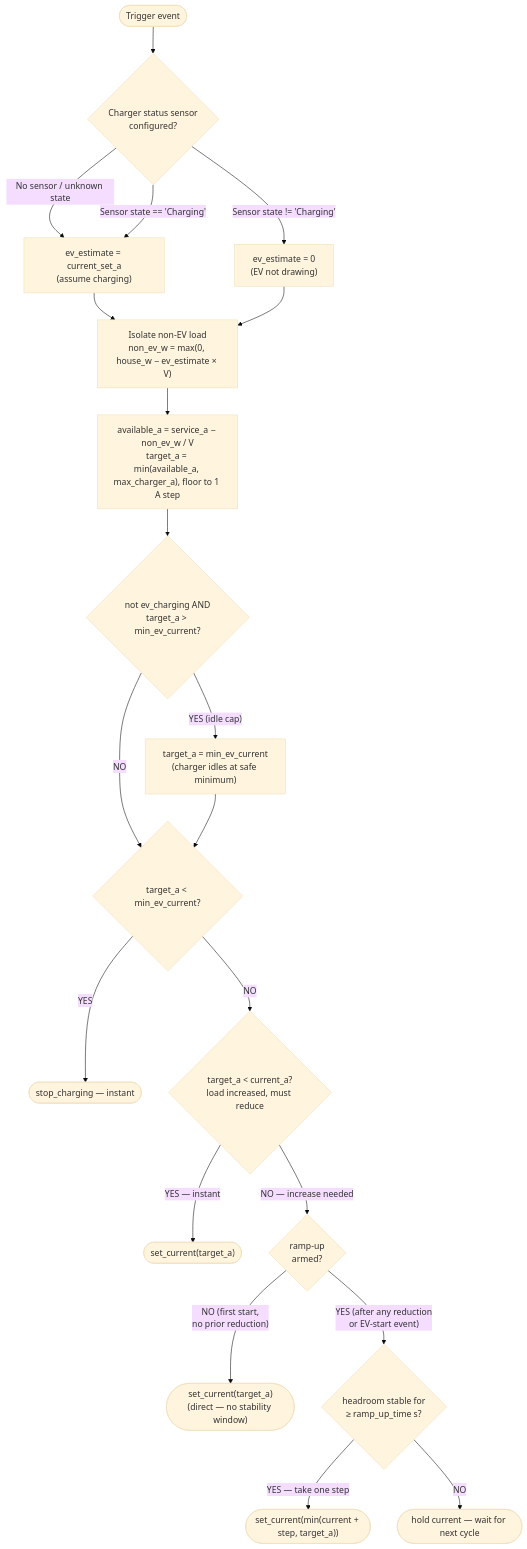
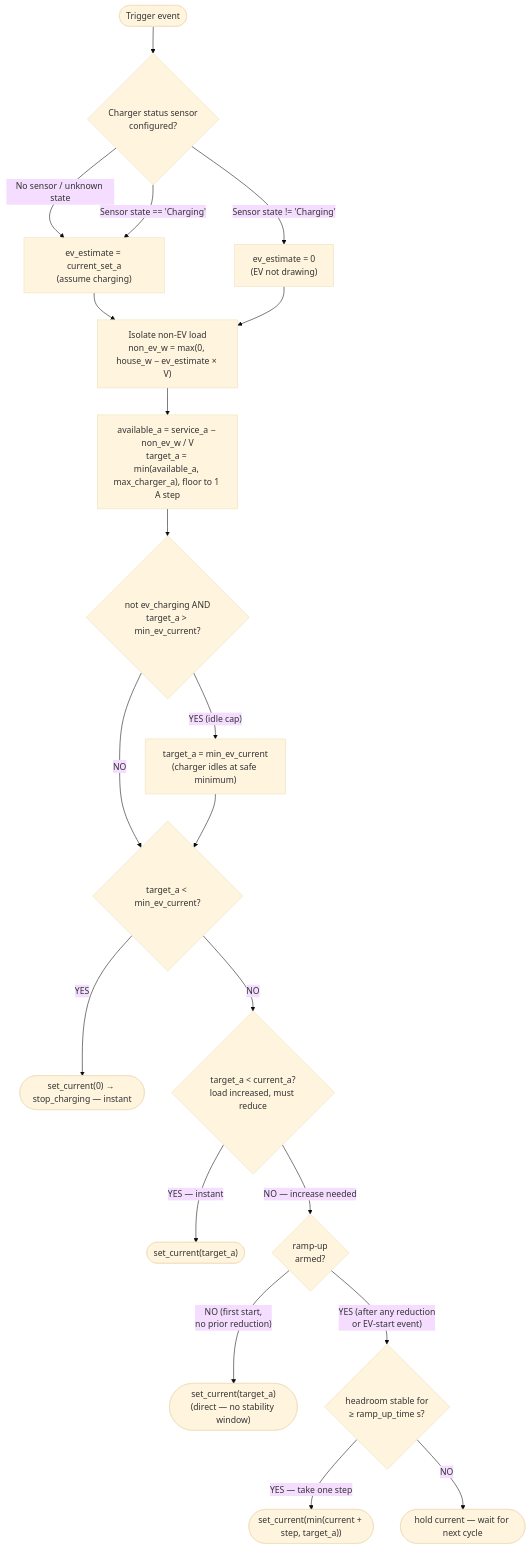
One commit to alexisml/Watt-O-Balancer changed the first of 7 diagrams in docs/documentation/03-how-it-works.md. Above: the diagram before and after it, drawn with Mermaid (base theme). The commit also changed other lines of this file and 4 other files, not shown here.

First line of the commit message:
fix: change stop sequence to set_current(0) before stop_charging, fix broken diagrams

````diff
--- a/docs/documentation/03-how-it-works.md
+++ b/docs/documentation/03-how-it-works.md
@@ -247,23 +247,23 @@
 ```mermaid
 flowchart TD
     A([Trigger event])
     A --> Z{"Charger status sensor<br/>configured?"}
     Z -- "No sensor / unknown state" --> ZA["ev_estimate = current_set_a<br/>(assume charging)"]
     Z -- "Sensor state == 'Charging'" --> ZA
     Z -- "Sensor state != 'Charging'" --> ZB["ev_estimate = 0<br/>(EV not drawing)"]
     ZA --> B["Isolate non-EV load<br/>non_ev_w = max(0, house_w − ev_estimate × V)"]
     ZB --> B
     B --> C["available_a = service_a − non_ev_w / V<br/>target_a = min(available_a, max_charger_a), floor to 1 A step"]
     C --> CZ{"not ev_charging AND<br/>target_a > min_ev_current?"}
     CZ -- "YES (idle cap)" --> CZA["target_a = min_ev_current<br/>(charger idles at safe minimum)"]
     CZ -- "NO" --> D
     CZA --> D{"target_a < min_ev_current?"}
-    D -- YES --> E(["stop_charging — instant"])
+    D -- YES --> E(["set_current(0) → stop_charging — instant"])
     D -- NO --> F{"target_a < current_a?<br/>load increased, must reduce"}
     F -- "YES — instant" --> G(["set_current(target_a)"])
     F -- "NO — increase needed" --> RA{"ramp-up<br/>armed?"}
     RA -- "NO (first start,<br/>no prior reduction)" --> K(["set_current(target_a)<br/>(direct — no stability window)"])
     RA -- "YES (after any reduction<br/>or EV-start event)" --> H{"headroom stable for<br/>≥ ramp_up_time s?"}
     H -- "YES — take one step" --> I(["set_current(min(current + step, target_a))"])
     H -- "NO" --> J(["hold current — wait for next cycle"])
 ```
````
